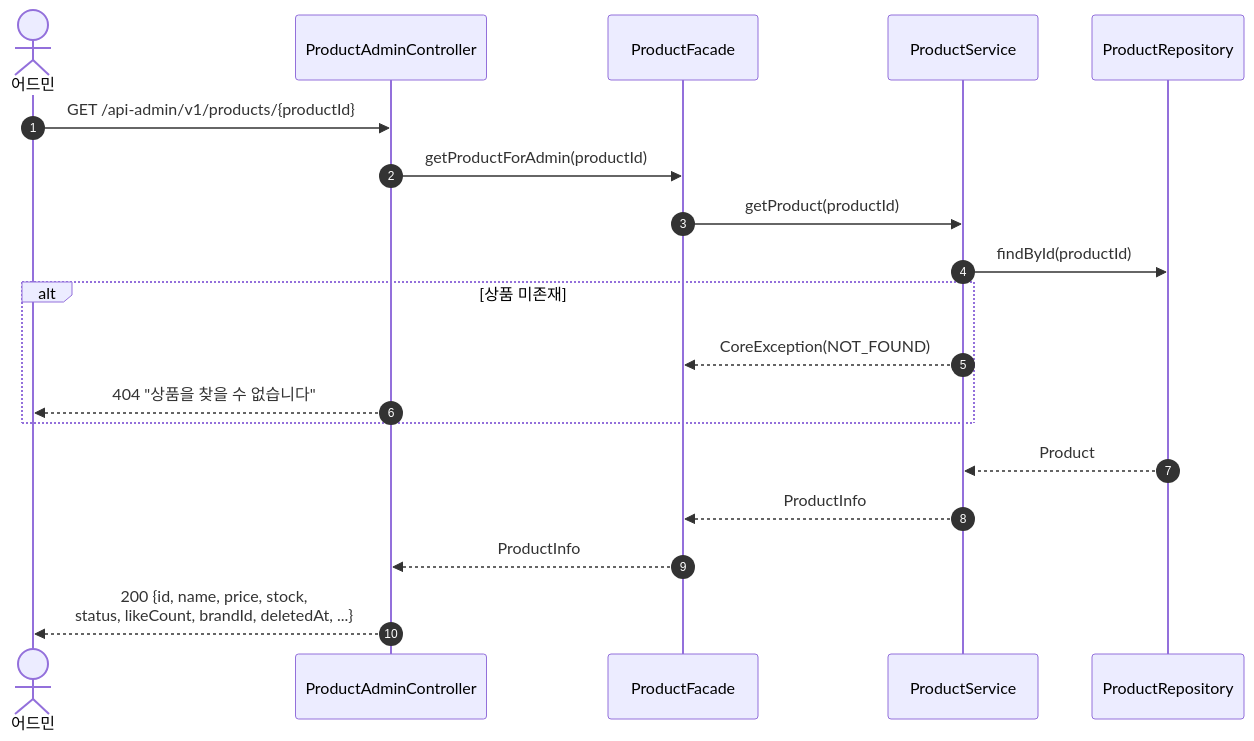
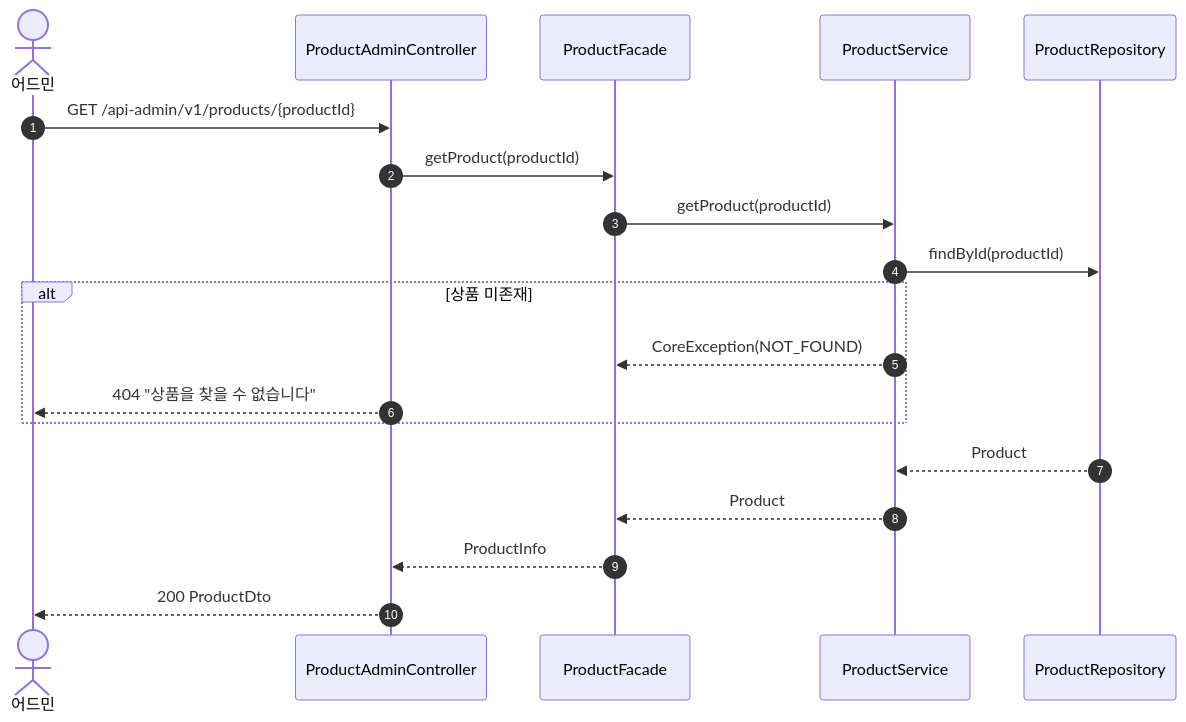
Before and after one commit to Loopers-dev-lab/loop-pack-be-l2-vol3-kotlin: the tenth of 21 diagrams in docs/design/02-sequence-diagrams.md, drawn with Mermaid. The commit also changed other lines of this file and 4 other files, not shown here.

````diff
--- a/docs/design/02-sequence-diagrams.md
+++ b/docs/design/02-sequence-diagrams.md
@@ -329,23 +327,23 @@
 ```mermaid
 sequenceDiagram
     autonumber
     actor Admin as 어드민
     participant C as ProductAdminController
     participant F as ProductFacade
     participant PS as ProductService
     participant PR as ProductRepository
     Admin ->> C: GET /api-admin/v1/products/{productId}
-    C ->> F: getProductForAdmin(productId)
+    C ->> F: getProduct(productId)
     F ->> PS: getProduct(productId)
     PS ->> PR: findById(productId)
 
     alt 상품 미존재
         PS -->> F: CoreException(NOT_FOUND)
         C -->> Admin: 404 "상품을 찾을 수 없습니다"
     end
 
     PR -->> PS: Product
-    PS -->> F: ProductInfo
+    PS -->> F: Product
     F -->> C: ProductInfo
-    C -->> Admin: 200 {id, name, price, stock,<br/>status, likeCount, brandId, deletedAt, ...}
+    C -->> Admin: 200 ProductDto
 ```
````
